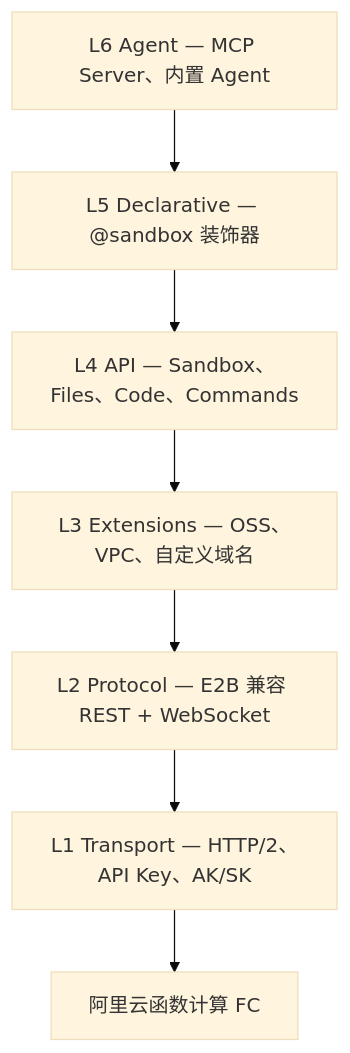
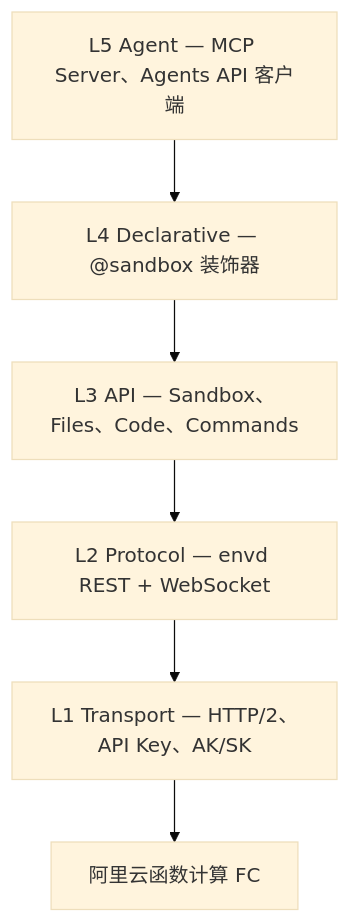
Before and after one commit to Alibaba-Agent-Sandbox/python-sdk: the diagram in README.zh-CN.md, drawn with Mermaid (base theme). The commit also changed other lines of this file and 819 other files, not shown here.

Commit message:
Publish the Agent Sandbox Python SDK: one endpoint table, one policy engine, and the runtime client.

````diff
--- a/README.zh-CN.md
+++ b/README.zh-CN.md
@@ -144,12 +126,11 @@
 ```mermaid
 graph TB
-    L6["L6 Agent — MCP Server、内置 Agent"]
-    L5["L5 Declarative — @sandbox 装饰器"]
-    L4["L4 API — Sandbox、Files、Code、Commands"]
-    L3["L3 Extensions — OSS、VPC、自定义域名"]
-    L2["L2 Protocol — E2B 兼容 REST + WebSocket"]
+    L5["L5 Agent — MCP Server、Agents API 客户端"]
+    L4["L4 Declarative — @sandbox 装饰器"]
+    L3["L3 API — Sandbox、Files、Code、Commands"]
+    L2["L2 Protocol — envd REST + WebSocket"]
     L1["L1 Transport — HTTP/2、API Key、AK/SK"]
     GW["阿里云函数计算 FC"]
 
-    L6 --> L5 --> L4 --> L3 --> L2 --> L1 --> GW
+    L5 --> L4 --> L3 --> L2 --> L1 --> GW
 ```
````
